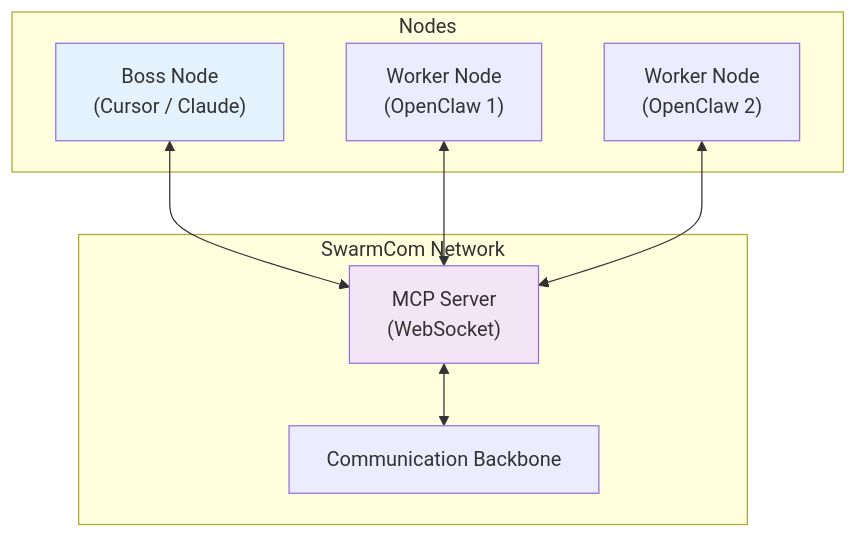
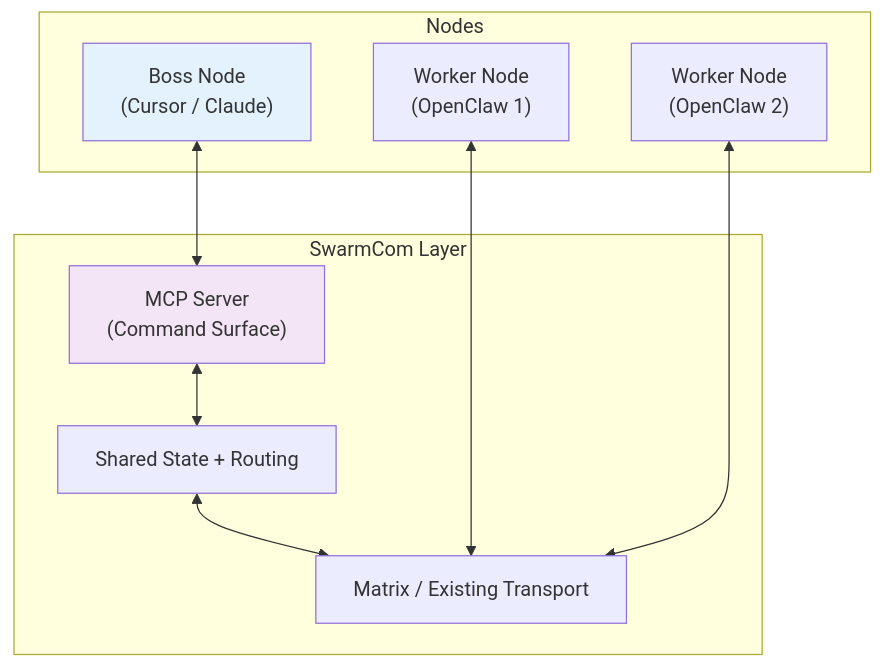
The diagram in ROADMAP.md (sebringj/swarmcom), drawn with Mermaid before and after one commit. The commit also changed other lines of this file and 34 other files, not shown here.

````diff
--- a/ROADMAP.md
+++ b/ROADMAP.md
@@ -16,21 +16,23 @@
 ```mermaid
 flowchart TD
-    subgraph "SwarmCom Network"
-        MCP["MCP Server\n(WebSocket)"] 
-        Backbone["Communication Backbone"]
+    subgraph "SwarmCom Layer"
+      MCP["MCP Server\n(Command Surface)"] 
+      Backbone["Shared State + Routing"]
+      Matrix["Matrix / Existing Transport"]
     end
 
     subgraph "Nodes"
         Boss["Boss Node\n(Cursor / Claude)"]
         Worker1["Worker Node\n(OpenClaw 1)"]
         Worker2["Worker Node\n(OpenClaw 2)"]
     end
 
     MCP <--> Backbone
+    Backbone <--> Matrix
     Boss <--> MCP
-    Worker1 <--> MCP
-    Worker2 <--> MCP
+    Worker1 <--> Matrix
+    Worker2 <--> Matrix
 
     style Boss fill:#e3f2fd
     style MCP fill:#f3e5f5
 ```
````
